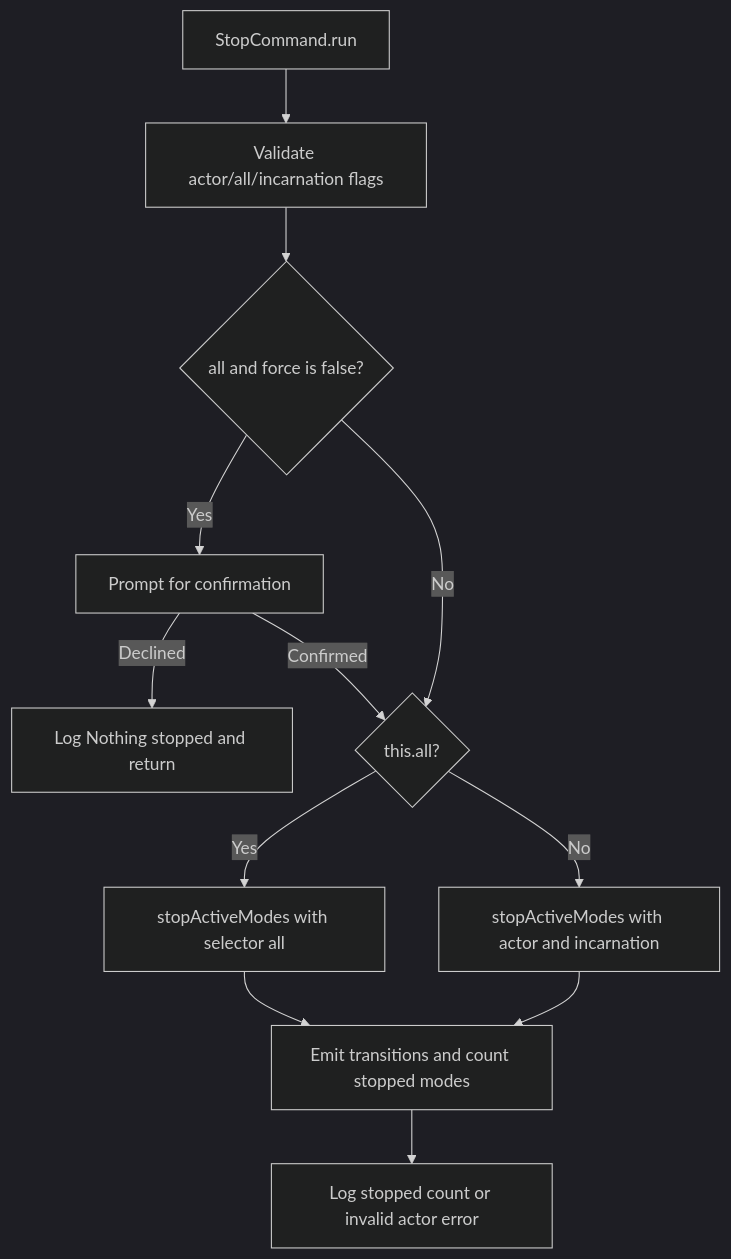
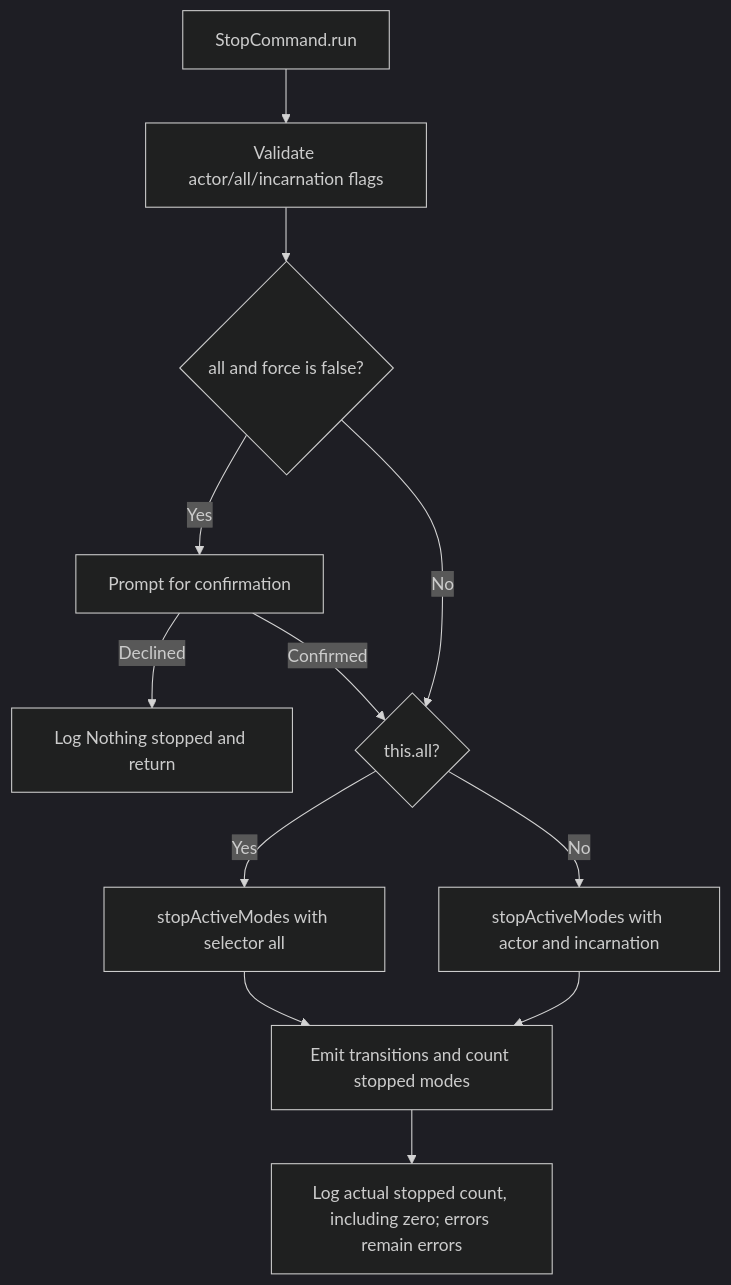
One commit to Kevinjohn/oss-adonisjs-masquerade changed the second of 2 diagrams in user-stories/expire-retain-modes/us-ops-04-revoke-active-modes.md. Above: the diagram before and after it, drawn with Mermaid (dark theme). The commit also changed other lines of this file and 8 other files, not shown here.

Commit message:
docs: correct catalogue behavior and recovery flows

````diff
--- a/user-stories/expire-retain-modes/us-ops-04-revoke-active-modes.md
+++ b/user-stories/expire-retain-modes/us-ops-04-revoke-active-modes.md
@@ -45,14 +45,14 @@
 ```mermaid
 flowchart TD
     A["StopCommand.run"] --> B["Validate actor/all/incarnation flags"]
     B --> C{"all and force is false?"}
     C -->|Yes| D["Prompt for confirmation"]
     D -->|Declined| E["Log Nothing stopped and return"]
     D -->|Confirmed| F{"this.all?"}
     C -->|No| F
     F -->|Yes| G["stopActiveModes with selector all"]
     F -->|No| H["stopActiveModes with actor and incarnation"]
     G --> I["Emit transitions and count stopped modes"]
     H --> I
-    I --> J["Log stopped count or invalid actor error"]
+    I --> J["Log actual stopped count, including zero; errors remain errors"]
 ```
````
